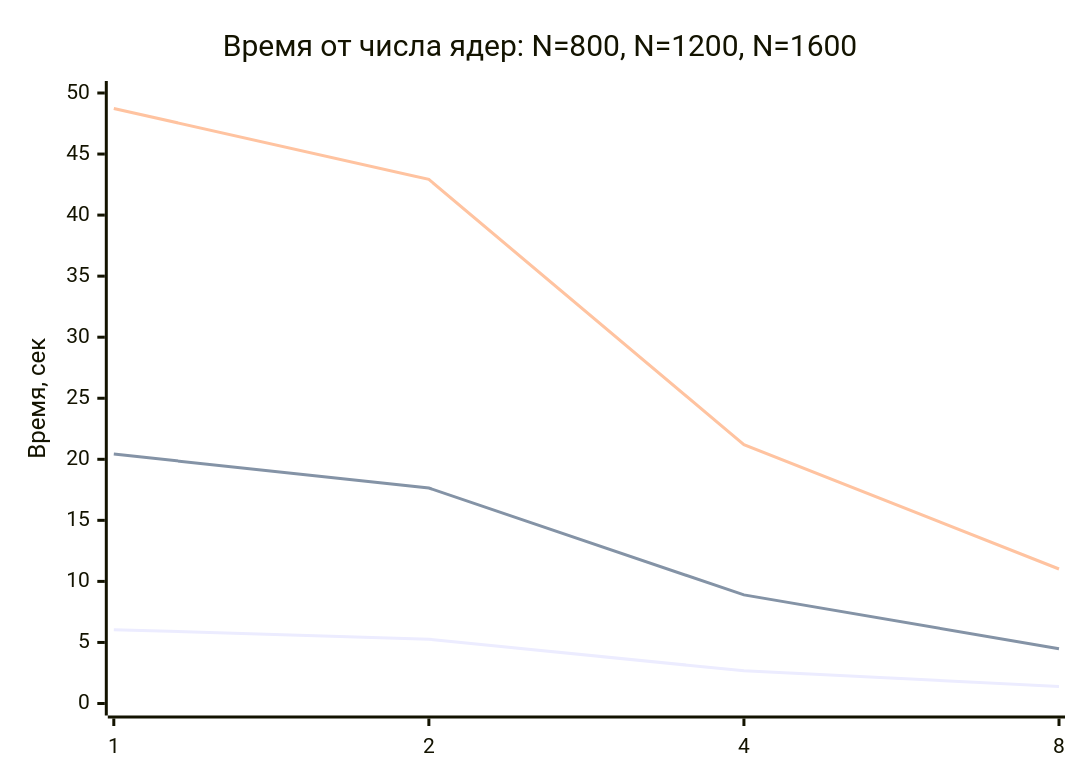
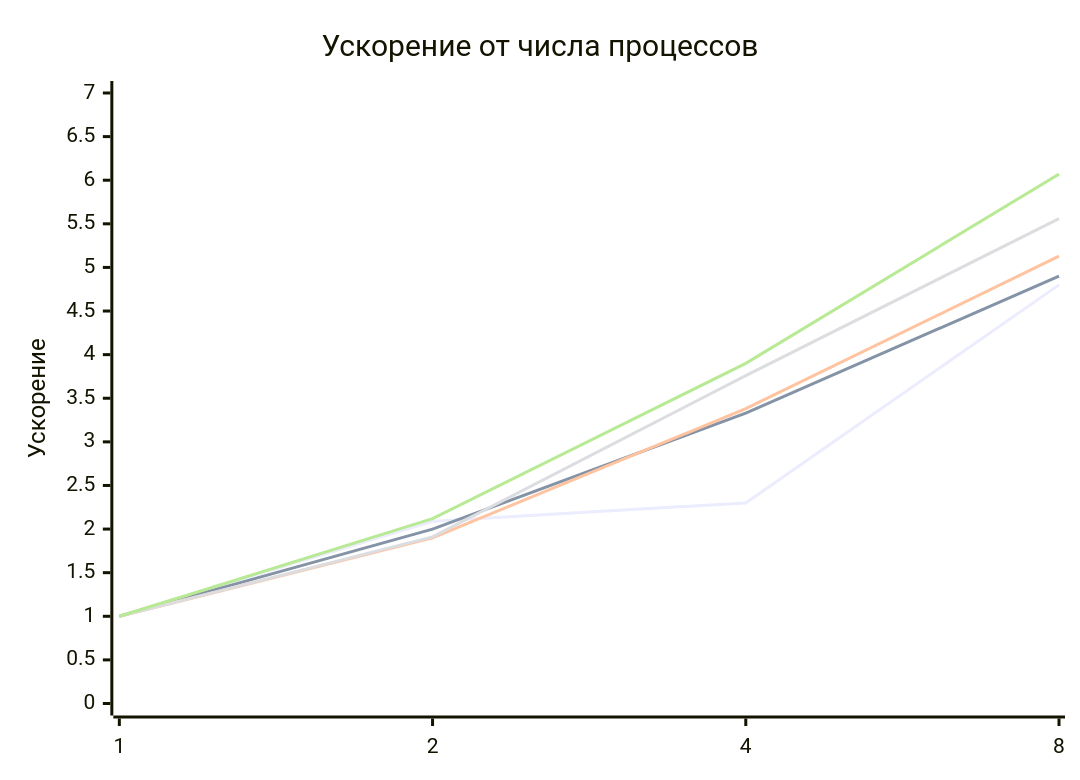
One commit to sanek4338/Parallelnoe_Programming changed the third of 6 diagrams in README.md. Above: the diagram before and after it, drawn with Mermaid. The commit also changed other lines of this file and 2 other files, not shown here.

````diff
--- a/README.md
+++ b/README.md
@@ -168,9 +120,11 @@
 ```mermaid
 xychart-beta
-    title "Время от числа ядер: N=800, N=1200, N=1600"
+    title "Ускорение от числа процессов"
     x-axis [1, 2, 4, 8]
-    y-axis "Время, сек" 0 --> 50
-    line "N=800" [6.049118, 5.266987, 2.674601, 1.399853]
-    line "N=1200" [20.425722, 17.649867, 8.897807, 4.480562]
-    line "N=1600" [48.731702, 42.924215, 21.195776, 11.016194]
+    y-axis "Ускорение" 0 --> 7
+    line "N=200" [1.00, 2.09, 2.30, 4.80]
+    line "N=400" [1.00, 2.00, 3.33, 4.90]
+    line "N=800" [1.00, 1.90, 3.38, 5.13]
+    line "N=1200" [1.00, 1.91, 3.76, 5.56]
+    line "N=1600" [1.00, 2.12, 3.90, 6.07]
 ```
````
